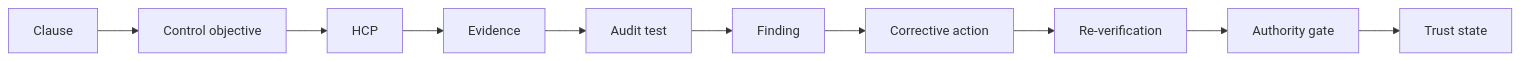
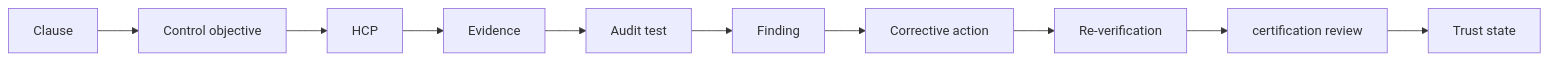
One commit to mavericken777/GlobalHalalDigitalTrust changed the first of 5 diagrams in master-standards-stack/iq300-full-matrix/PROCESS_FLOWS.md. Above: the diagram before and after it, drawn with Mermaid. The commit also changed other lines of this file and 153 other files, not shown here.

Commit message:
Revamp current ecosystem architecture and remove retired project gates

````diff
--- a/master-standards-stack/iq300-full-matrix/PROCESS_FLOWS.md
+++ b/master-standards-stack/iq300-full-matrix/PROCESS_FLOWS.md
@@ -5,12 +5,12 @@
 ```mermaid
 flowchart LR
     C[Clause] --> O[Control objective]
     O --> H[HCP]
     H --> E[Evidence]
     E --> T[Audit test]
     T --> F[Finding]
     F --> CA[Corrective action]
     CA --> RV[Re-verification]
-    RV --> AG[Authority gate]
+    RV --> AG[certification review]
     AG --> TS[Trust state]
 ```
````
